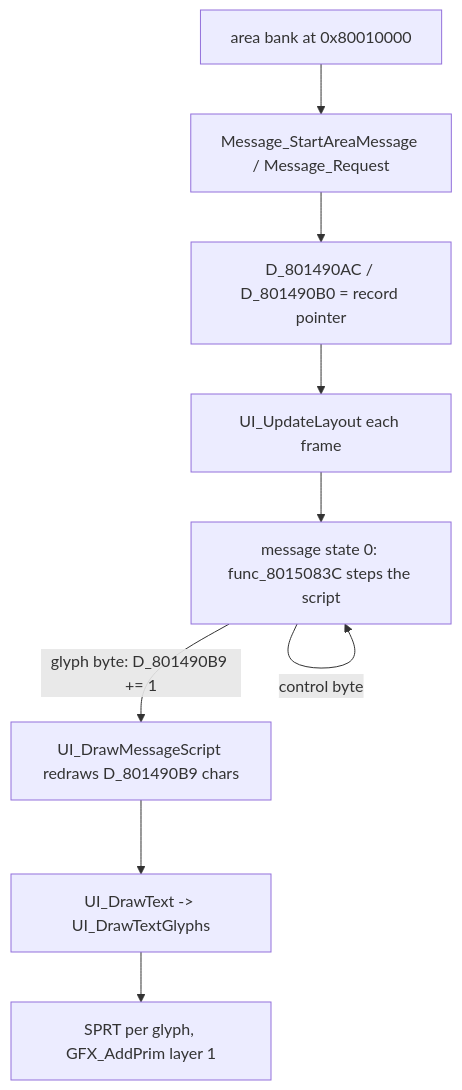
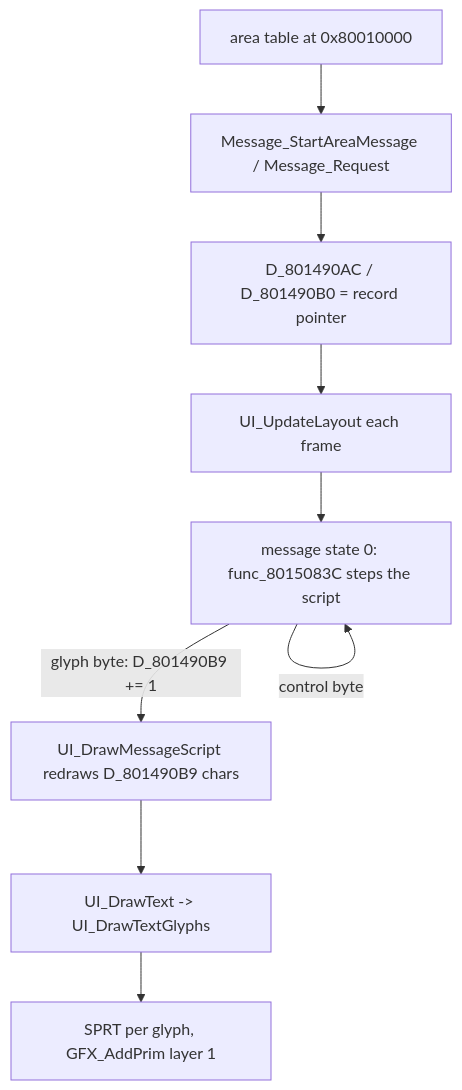
One commit to raulcorreia7/bof3-wiki changed the first of 2 diagrams in src/content/docs/systems/ui.md. Above: the diagram before and after it, drawn with Mermaid. The commit also changed other lines of this file and 36 other files, not shown here.

````diff
--- a/src/content/docs/systems/ui.md
+++ b/src/content/docs/systems/ui.md
@@ -28,11 +28,11 @@
 ```mermaid
 flowchart TD
-    A["area bank at 0x80010000"] --> B["Message_StartAreaMessage / Message_Request"]
+    A["area table at 0x80010000"] --> B["Message_StartAreaMessage / Message_Request"]
     B --> C["D_801490AC / D_801490B0 = record pointer"]
     C --> D["UI_UpdateLayout each frame"]
     D --> E["message state 0: func_8015083C steps the script"]
     E -->|"glyph byte: D_801490B9 += 1"| F["UI_DrawMessageScript redraws D_801490B9 chars"]
     F --> G["UI_DrawText -> UI_DrawTextGlyphs"]
     G --> H["SPRT per glyph, GFX_AddPrim layer 1"]
     E -->|"control byte"| E
 ```
````
